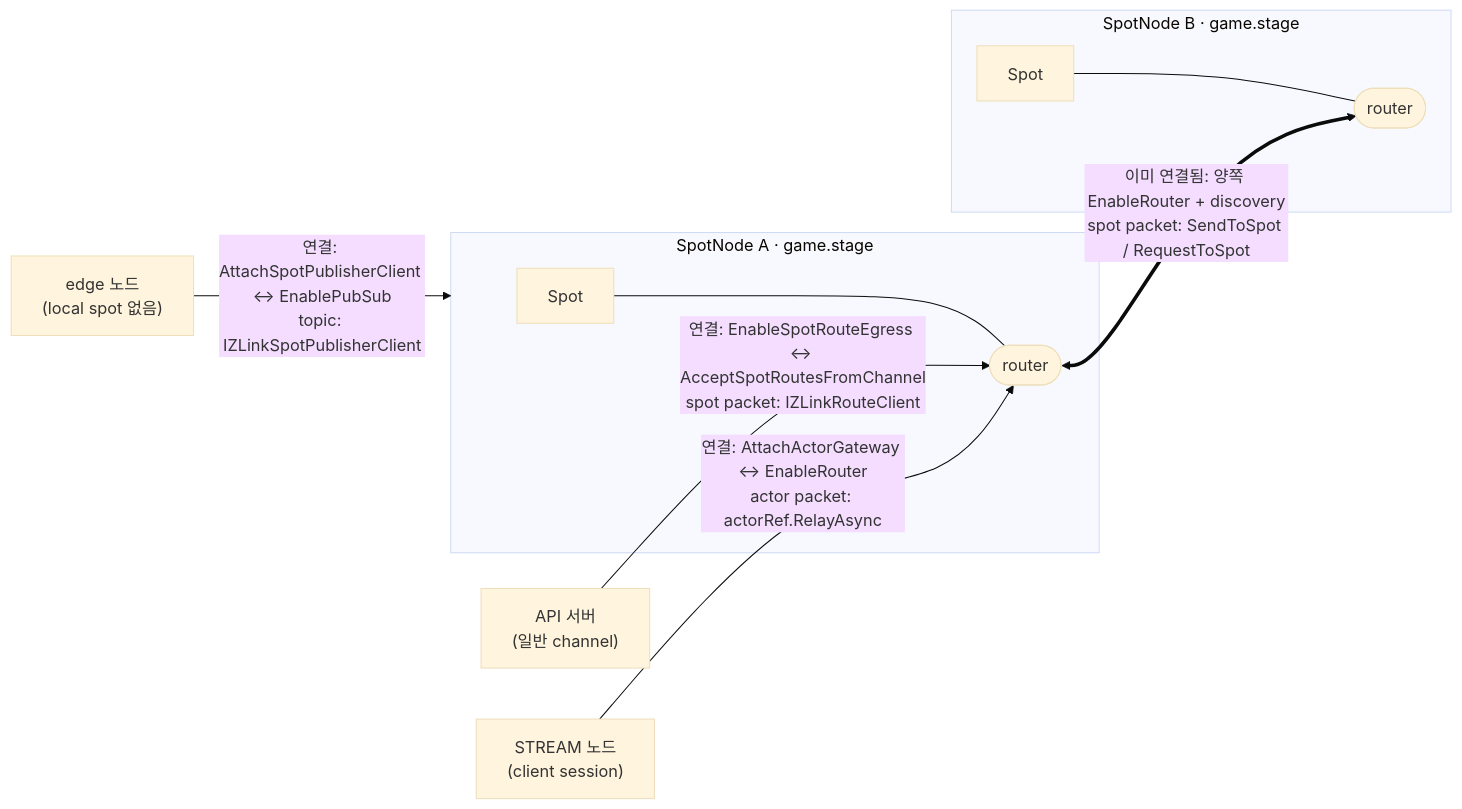
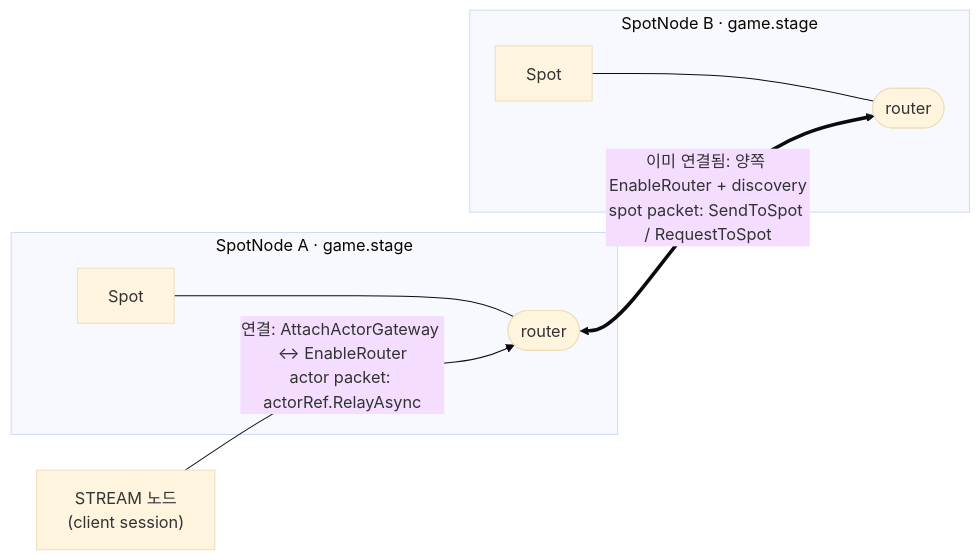
Before and after one commit to kairos-code-dev/zlink: the eighth of 9 diagrams in framework/doc/framework/dotnet/guide/05-spot.ko.md, drawn with Mermaid (base theme). The commit also changed other lines of this file and 410 other files, not shown here.

Commit message:
refactor(framework): make spot channel wiring implicit

````diff
--- a/framework/doc/framework/dotnet/guide/05-spot.ko.md
+++ b/framework/doc/framework/dotnet/guide/05-spot.ko.md
@@ -611,13 +597,11 @@
 ```mermaid
 flowchart LR
   subgraph nodeA["SpotNode A · game.stage"]
     spotA["Spot"] --- rA(["router"])
   end
   subgraph nodeB["SpotNode B · game.stage"]
     spotB["Spot"] --- rB(["router"])
   end
   rA <==>|"이미 연결됨: 양쪽 EnableRouter + discovery<br/>spot packet: SendToSpot / RequestToSpot"| rB
-  api["API 서버<br/>(일반 channel)"] -->|"연결: EnableSpotRouteEgress ↔ AcceptSpotRoutesFromChannel<br/>spot packet: IZLinkRouteClient"| rA
-  edge["edge 노드<br/>(local spot 없음)"] -->|"연결: AttachSpotPublisherClient ↔ EnablePubSub<br/>topic: IZLinkSpotPublisherClient"| nodeA
   strm["STREAM 노드<br/>(client session)"] -->|"연결: AttachActorGateway ↔ EnableRouter<br/>actor packet: actorRef.RelayAsync"| rA
 ```
````
